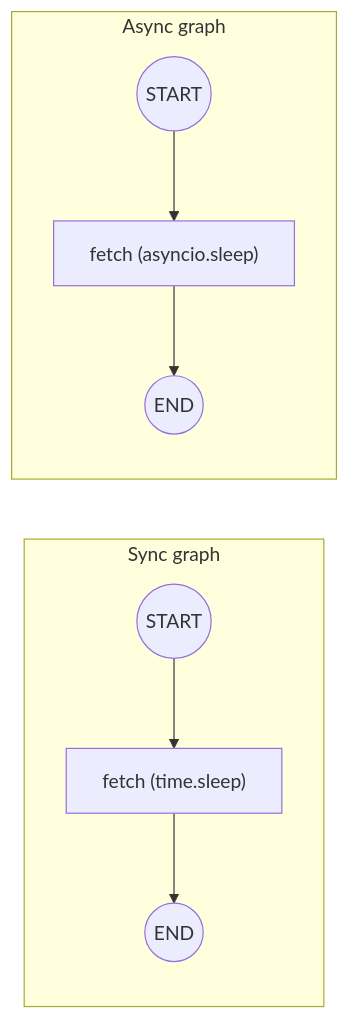
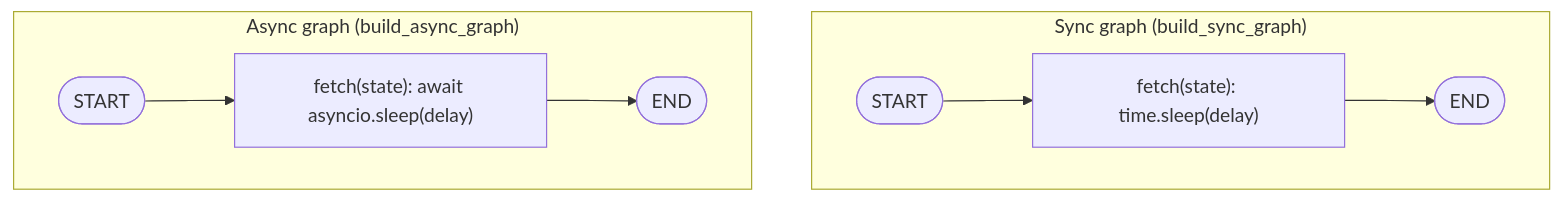
One commit to xergioalex/agent-lab changed the first of 2 diagrams in src/13_async_nodes/README.md. Above: the diagram before and after it, drawn with Mermaid. The commit also changed other lines of this file and 64 other files, not shown here.

First line of the commit message:
docs(docs): premium Mermaid diagram pass on all 64 module READMEs

````diff
--- a/src/13_async_nodes/README.md
+++ b/src/13_async_nodes/README.md
@@ -45,11 +45,11 @@
 ```mermaid
-graph LR
-    subgraph Sync graph
-        S_START((START)) --> S_FETCH["fetch (time.sleep)"]
-        S_FETCH --> S_END((END))
+flowchart TD
+    subgraph SYNC["Sync graph (build_sync_graph)"]
+        S_START(["START"]) --> S_FETCH["fetch(state): time.sleep(delay)"]
+        S_FETCH --> S_END(["END"])
     end
-    subgraph Async graph
-        A_START((START)) --> A_FETCH["fetch (asyncio.sleep)"]
-        A_FETCH --> A_END((END))
+    subgraph ASYNC["Async graph (build_async_graph)"]
+        A_START(["START"]) --> A_FETCH["fetch(state): await asyncio.sleep(delay)"]
+        A_FETCH --> A_END(["END"])
     end
 ```
````
